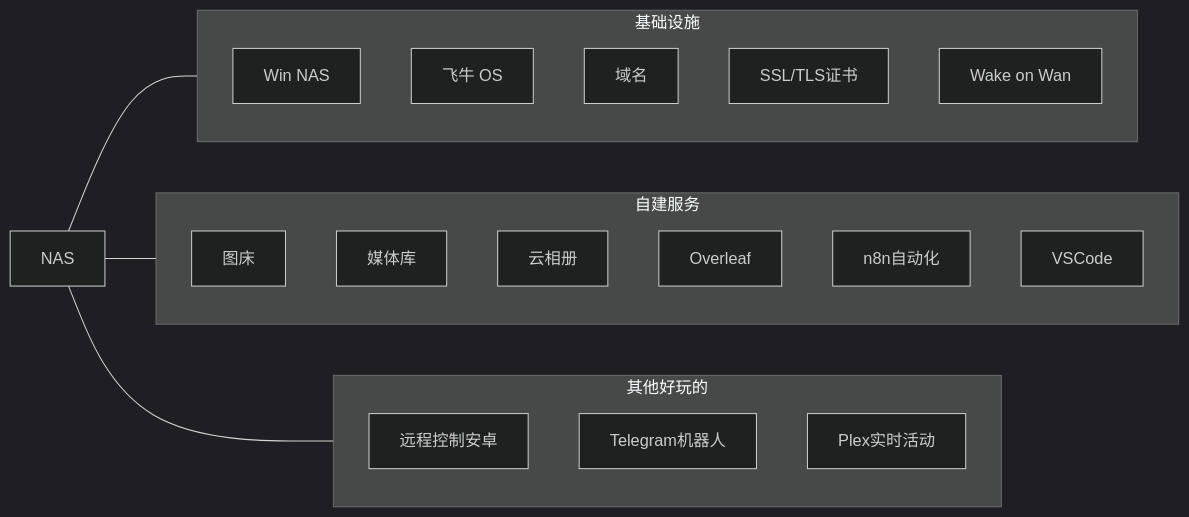
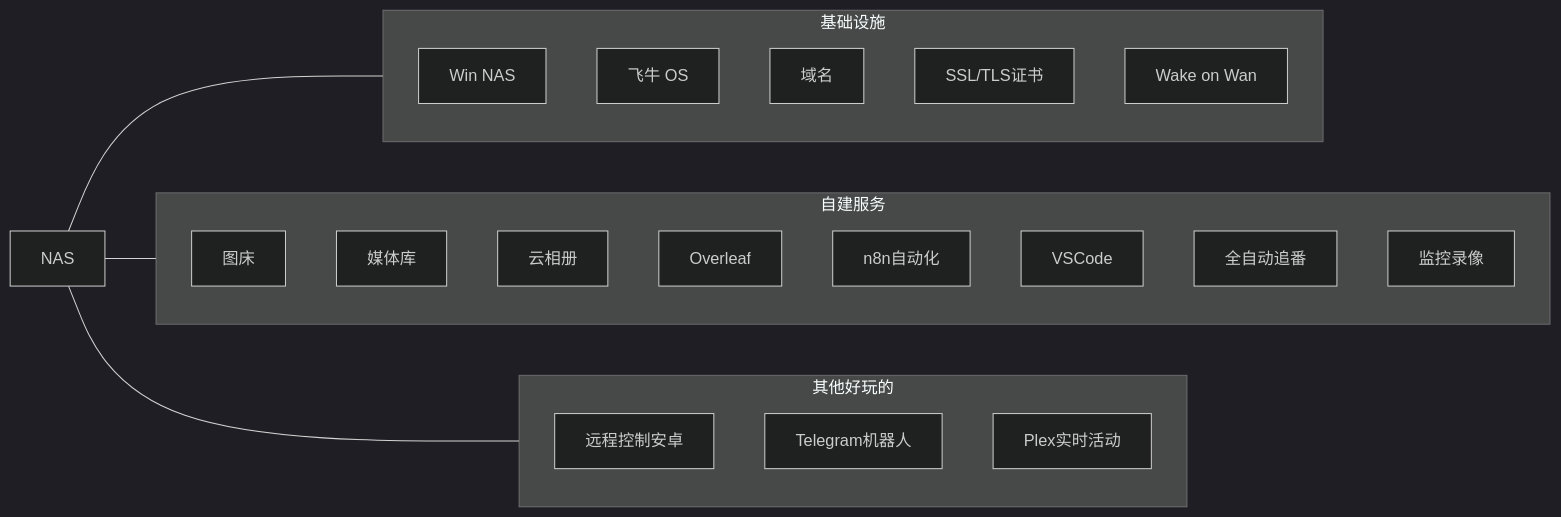
The diagram in docs/Note/NAS/index.md (AIboy996/AIboy996.GitHub.io), drawn with Mermaid (dark theme) before and after one commit. The commit also changed 28 other files, not shown here.

````diff
--- a/docs/Note/NAS/index.md
+++ b/docs/Note/NAS/index.md
@@ -13,38 +13,42 @@
 ```mermaid
 graph LR
 NAS --- 基础设施 & 自建服务 & 其他好玩的
 subgraph 基础设施
     wnas[Win NAS]
     Fnnas[飞牛 OS]
     域名
     tls[SSL/TLS证书]
     wow[Wake on Wan]
 end
 subgraph 自建服务
     图床
     媒体库
     云相册
     Overleaf
     n8n自动化
     VSCode
+    全自动追番
+    监控录像
 end
 subgraph 其他好玩的
     远程控制安卓
     Telegram机器人
     Plex实时活动
 end
 click Overleaf "./self-hosted-overleaf/"
 click wnas "./windows/"
 click wow "./wol/"
 click 域名 "./domain/"
 click tls "./https/"
 click 图床 "./oss/"
 click 媒体库 "./media/"
 click 云相册 "./pohtoprism/"
 click n8n自动化 "./nodemation/"
 click VSCode "./code-server/"
 click 远程控制安卓 "./scrcpy/"
 click Telegram机器人 "./tg-bot/"
 click Plex实时活动 "./tautulli/"
 click Fnnas "./fnnas"
+click 全自动追番 "./bangumi"
+click 监控录像 "./capturing"
 ```
````
